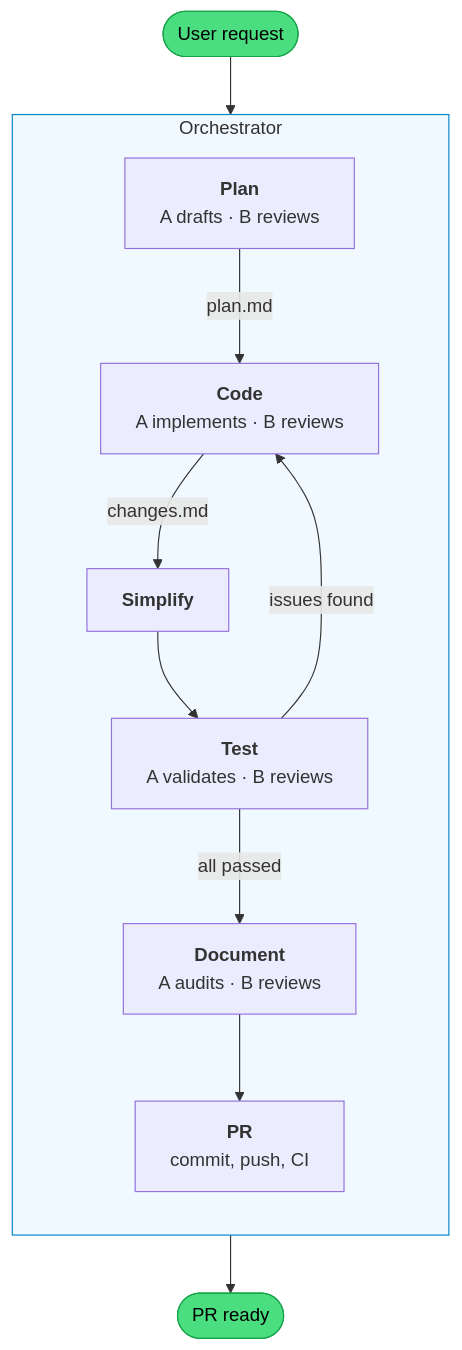
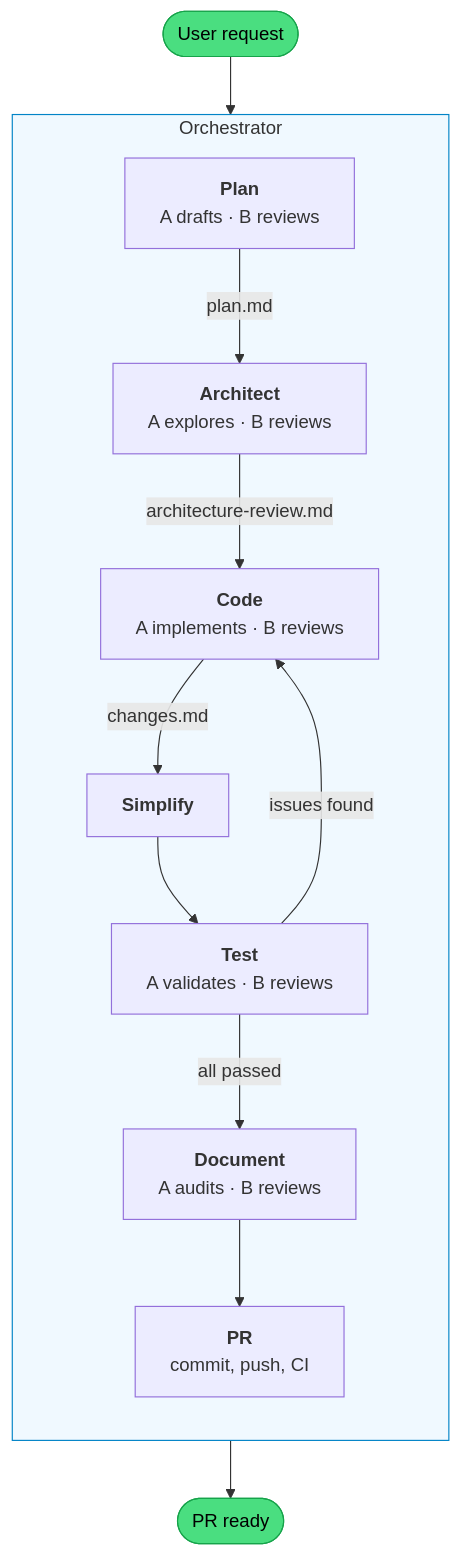
Before and after one commit to patricklafrance/plantz-claude: the diagram in README.md, drawn with Mermaid. The commit also changed other lines of this file and 7 other files, not shown here.

First line of the commit message:
feat(adlc): add architect review phase and enhance orchestrator workflow

````diff
--- a/README.md
+++ b/README.md
@@ -65,22 +65,23 @@
 ```mermaid
 flowchart TD
     Start([User request]) --> Orch
 
     subgraph Orch["Orchestrator"]
         direction TB
         Plan["<b>Plan</b><br/>A drafts · B reviews"] -- "plan.md" -->
+        Architect["<b>Architect</b><br/>A explores · B reviews"] -- "architecture-review.md" -->
         Code["<b>Code</b><br/>A implements · B reviews"] -- "changes.md" -->
         Simplify["<b>Simplify</b>"] -->
         Test["<b>Test</b><br/>A validates · B reviews"]
         Test -- "issues found" --> Code
         Test -- "all passed" -->
         Document["<b>Document</b><br/>A audits · B reviews"] -->
         PR["<b>PR</b><br/>commit, push, CI"]
     end
 
     PR --> Done([PR ready])
 
     style Start fill:#4ade80,stroke:#16a34a,color:#000
     style Done fill:#4ade80,stroke:#16a34a,color:#000
     style Orch fill:#f0f9ff,stroke:#0284c7
 ```
````
